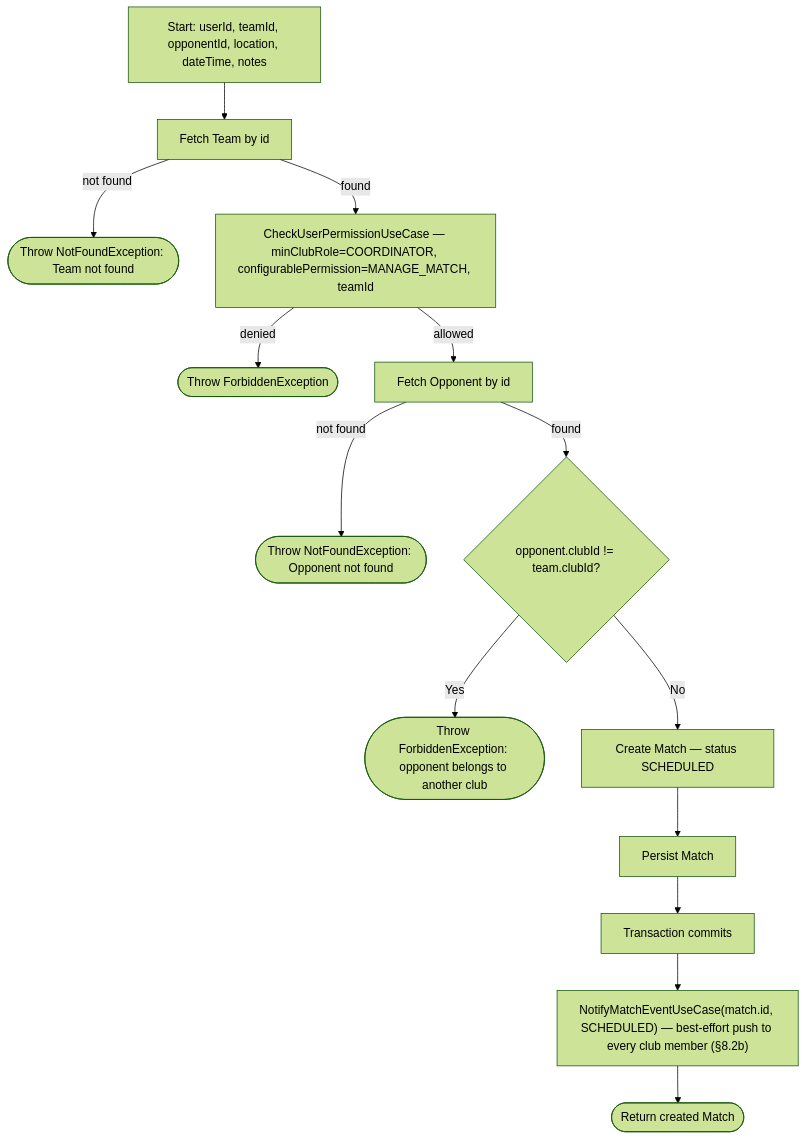
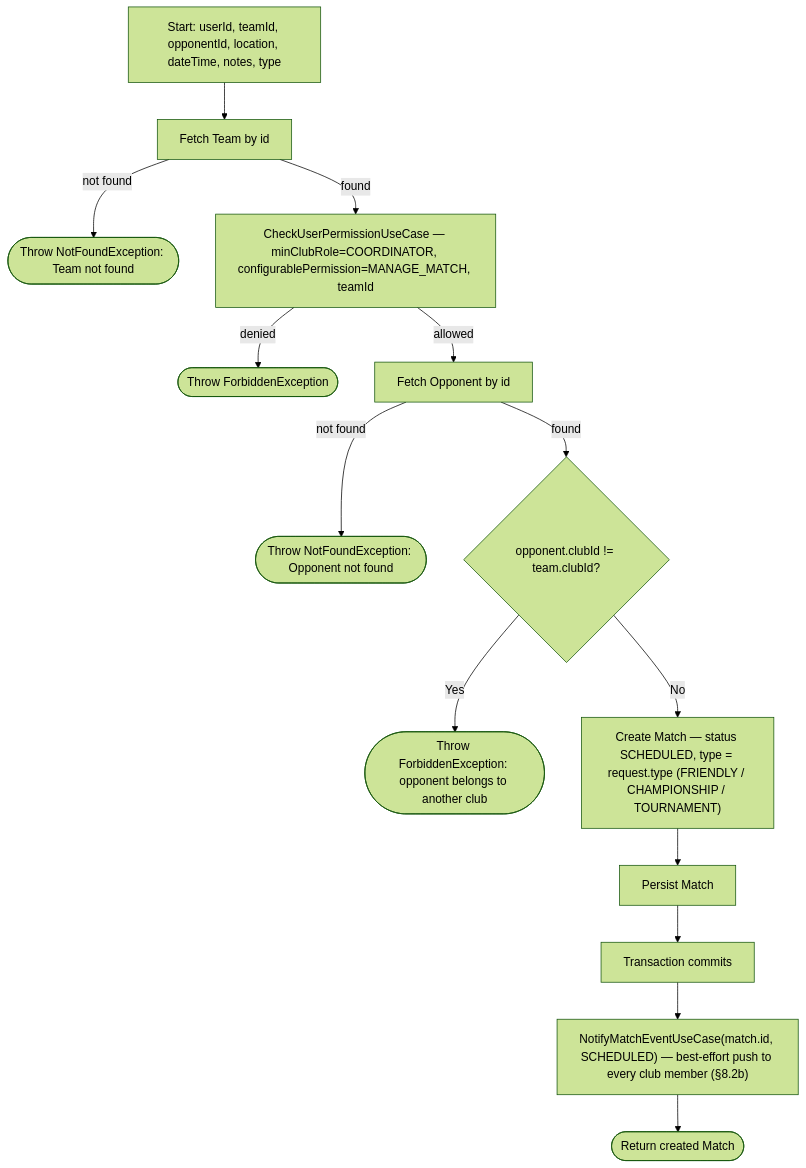
Diagram 38 of 60 in PROCESS_FLOWS.md (ricardofrango/squadify), drawn with Mermaid (forest theme) before and after one commit. The commit also changed other lines of this file and 15 other files, not shown here.

First line of the commit message:
Typify matches as Friendly, Championship or Tournament

````diff
--- a/PROCESS_FLOWS.md
+++ b/PROCESS_FLOWS.md
@@ -836,16 +836,16 @@
 ```mermaid
 graph TD
-    A[Start: userId, teamId, opponentId, location, dateTime, notes] --> B[Fetch Team by id]
+    A[Start: userId, teamId, opponentId, location, dateTime, notes, type] --> B[Fetch Team by id]
     B -- not found --> N1(["Throw NotFoundException: Team not found"])
     B -- found --> C[CheckUserPermissionUseCase — minClubRole=COORDINATOR, configurablePermission=MANAGE_MATCH, teamId]
     C -- denied --> F(["Throw ForbiddenException"])
     C -- allowed --> D[Fetch Opponent by id]
     D -- not found --> N2(["Throw NotFoundException: Opponent not found"])
     D -- found --> E{opponent.clubId != team.clubId?}
     E -- Yes --> FB(["Throw ForbiddenException: opponent belongs to another club"])
-    E -- No --> G[Create Match — status SCHEDULED]
+    E -- No --> G["Create Match — status SCHEDULED, type = request.type (FRIENDLY / CHAMPIONSHIP / TOURNAMENT)"]
     G --> H[Persist Match]
     H --> I["Transaction commits"]
     I --> J["NotifyMatchEventUseCase(match.id, SCHEDULED) — best-effort push to every club member (§8.2b)"]
     J --> Z(["Return created Match"])
 ```
````
